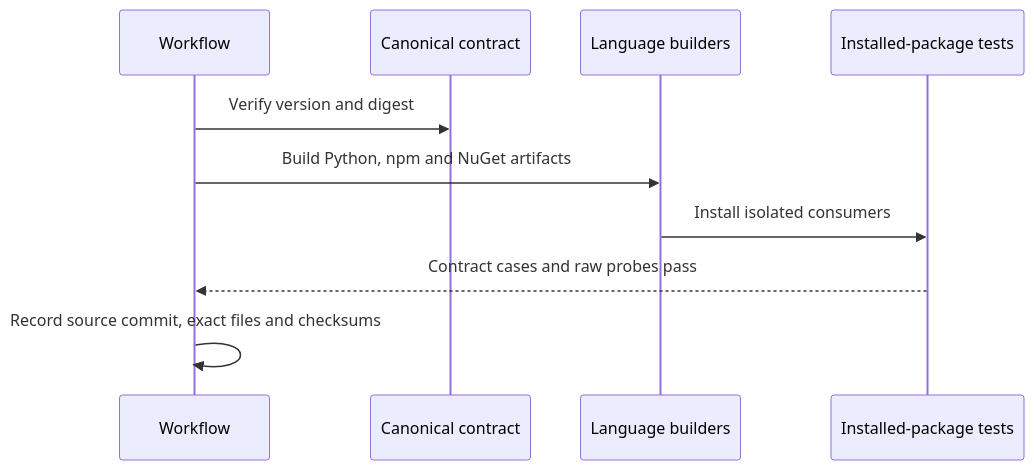
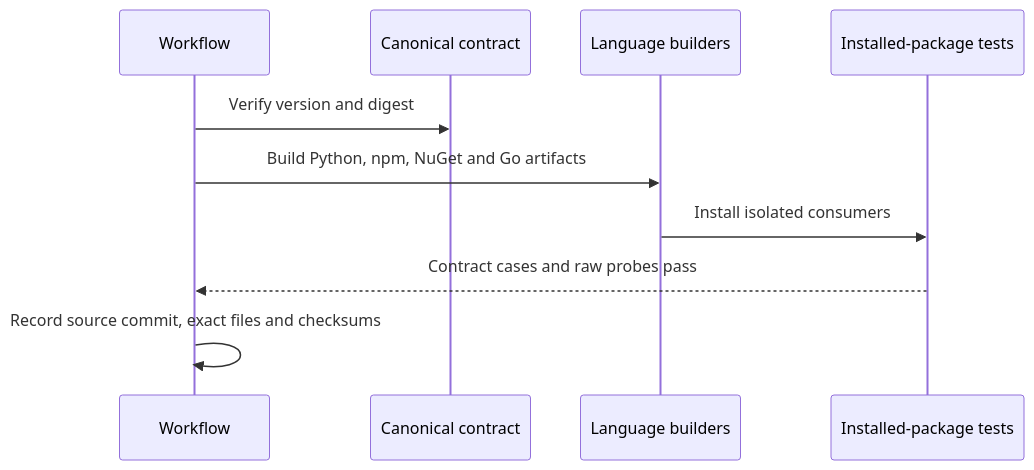
One commit to onenexus-team/onenexus-sdks changed the second of 4 diagrams in contracts/log-correlation/release-guide.md. Above: the diagram before and after it, drawn with Mermaid. The commit also changed other lines of this file and 25 other files, not shown here.

````diff
--- a/contracts/log-correlation/release-guide.md
+++ b/contracts/log-correlation/release-guide.md
@@ -122,12 +126,12 @@
 ```mermaid
 sequenceDiagram
     participant W as Workflow
     participant C as Canonical contract
     participant B as Language builders
     participant T as Installed-package tests
     W->>C: Verify version and digest
-    W->>B: Build Python, npm and NuGet artifacts
+    W->>B: Build Python, npm, NuGet and Go artifacts
     B->>T: Install isolated consumers
     T-->>W: Contract cases and raw probes pass
     W->>W: Record source commit, exact files and checksums
 ```
````
